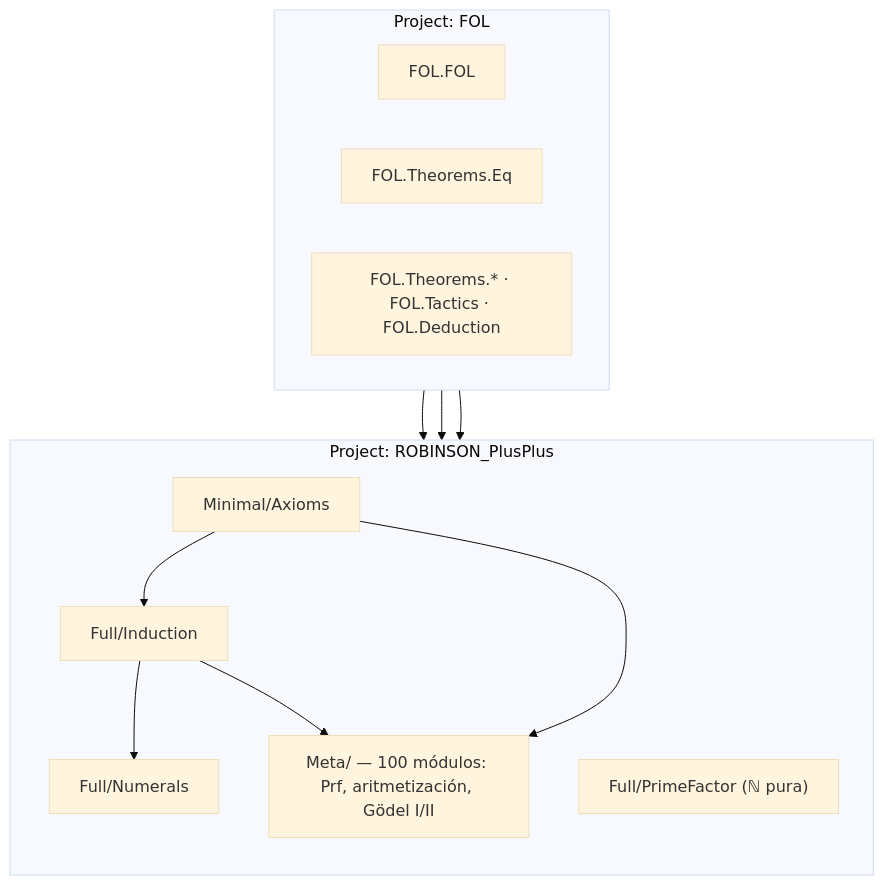
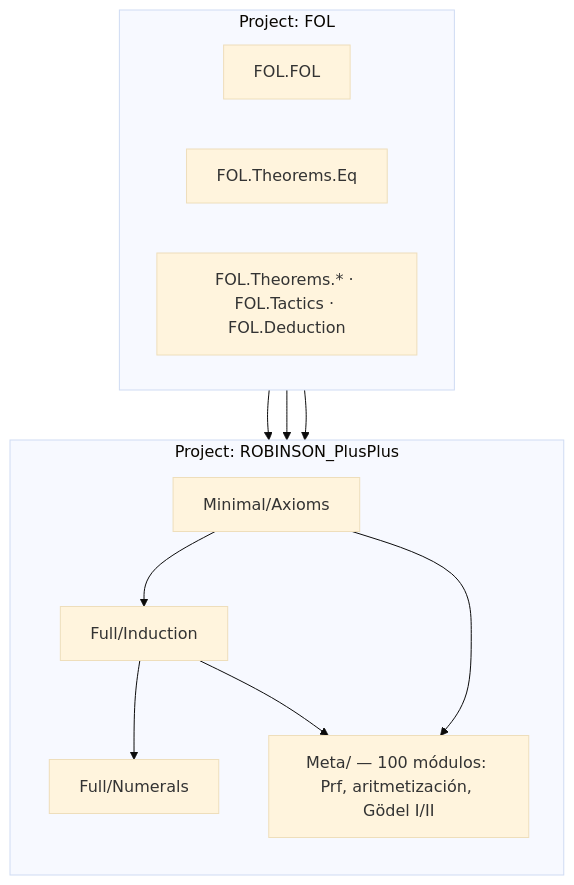
The diagram in REFERENCE.md (julian1c2a/ROBINSON_PlusPlus), drawn with Mermaid (base theme) before and after one commit. The commit also changed other lines of this file and 23 other files, not shown here.

````diff
--- a/REFERENCE.md
+++ b/REFERENCE.md
@@ -276,26 +276,25 @@
 ```mermaid
 graph TD
     subgraph FOL ["Project: FOL"]
         direction LR
         FOL_FOL["FOL.FOL"]
         FOL_Eq["FOL.Theorems.Eq"]
         FOL_Th["FOL.Theorems.* · FOL.Tactics · FOL.Deduction"]
     end
 
     subgraph RPP ["Project: ROBINSON_PlusPlus"]
         direction TB
         Axioms["Minimal/Axioms"]
         Induction["Full/Induction"]
         Numerals["Full/Numerals"]
-        PrimeFactor["Full/PrimeFactor (ℕ pura)"]
         Meta["Meta/ — 100 módulos: Prf, aritmetización, Gödel I/II"]
     end
 
     FOL_FOL --> Axioms
     FOL_Eq --> Axioms
     Axioms --> Induction
     FOL_Th --> Induction
     Induction --> Numerals
     Induction --> Meta
     Axioms --> Meta
 ```
````
